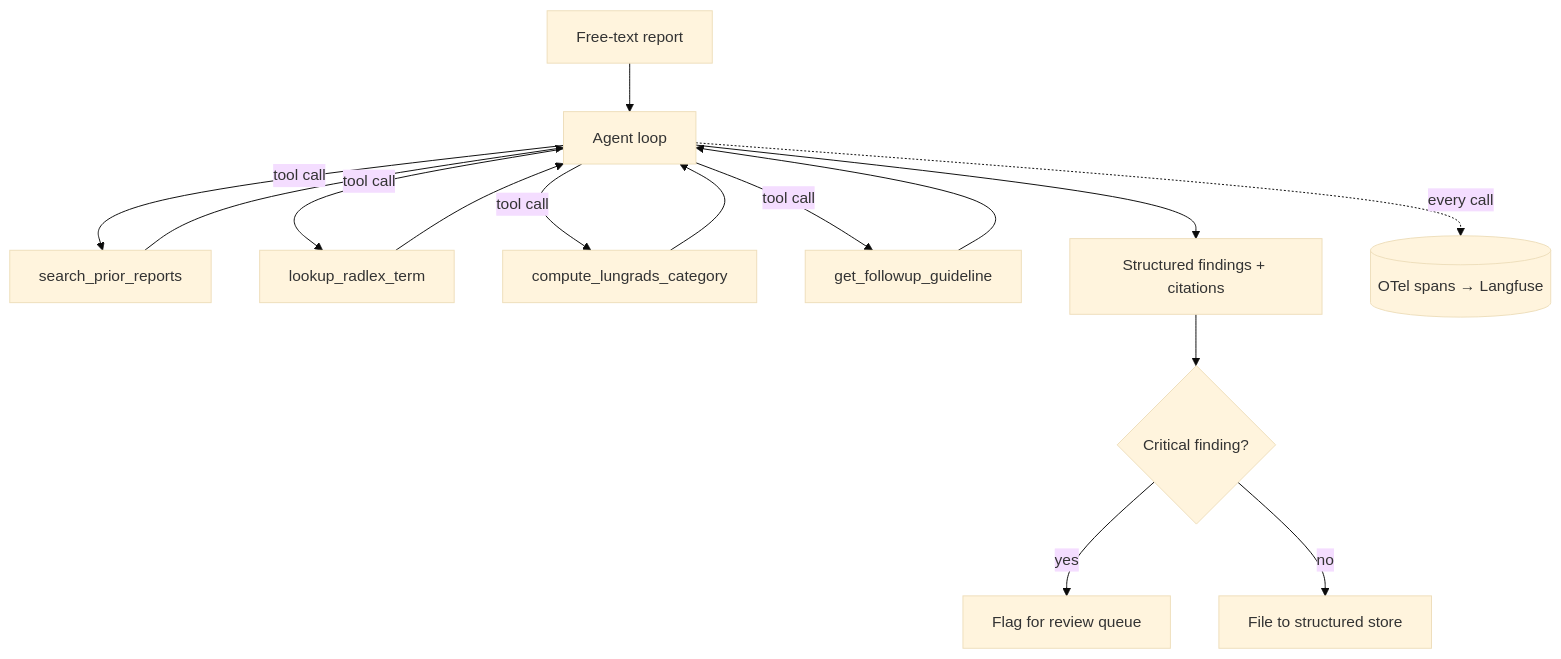
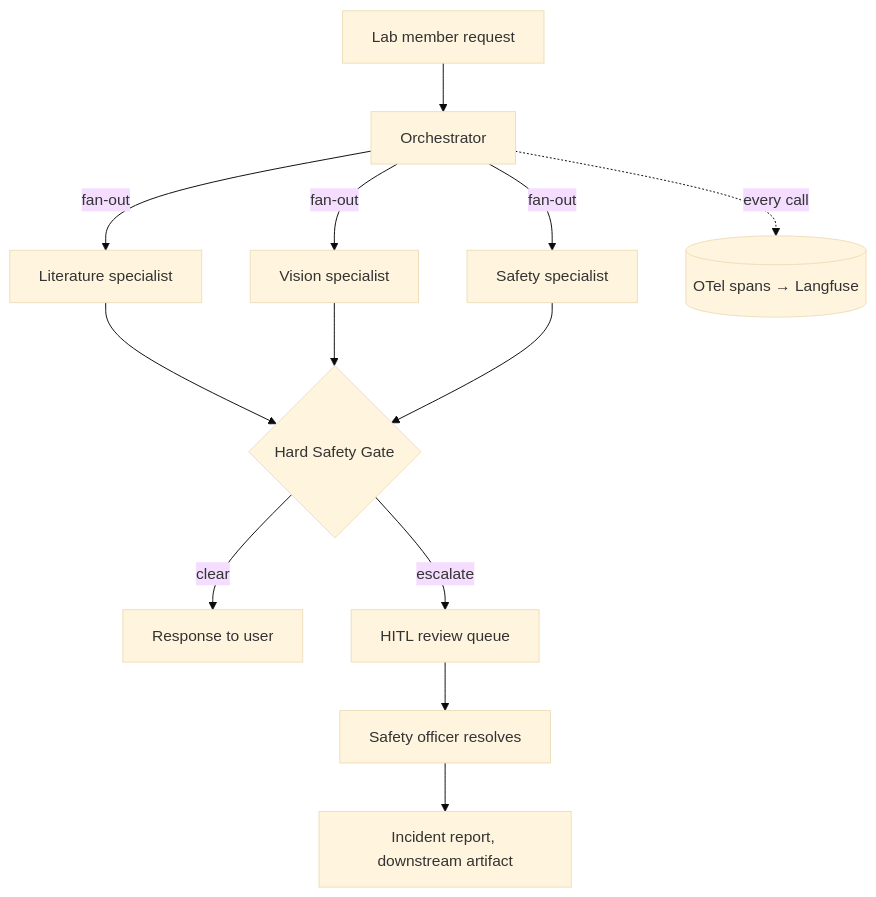
The diagram in README.md (siewliksheng/labmate), drawn with Mermaid (base theme) before and after one commit. The commit also changed other lines of this file and 30 other files, not shown here.

First line of the commit message:
Pivot radreport-agent to LabMate: multi-agent lab assistant with a hard safety gate

````diff
--- a/README.md
+++ b/README.md
@@ -25,14 +50,13 @@
 ```mermaid
 flowchart TD
-    A[Free-text report] --> B[Agent loop]
-    B -->|tool call| C[search_prior_reports]
-    B -->|tool call| D[lookup_radlex_term]
-    B -->|tool call| E[compute_lungrads_category]
-    B -->|tool call| F[get_followup_guideline]
-    C & D & E & F --> B
-    B --> G[Structured findings + citations]
-    G --> H{Critical finding?}
-    H -->|yes| I[Flag for review queue]
-    H -->|no| J[File to structured store]
+    A[Lab member request] --> B[Orchestrator]
+    B -->|fan-out| C[Literature specialist]
+    B -->|fan-out| D[Vision specialist]
+    B -->|fan-out| E[Safety specialist]
+    C & D & E --> F{Hard Safety Gate}
+    F -->|clear| G[Response to user]
+    F -->|escalate| H[HITL review queue]
+    H --> I[Safety officer resolves]
+    I --> J[Incident report, downstream artifact]
     B -.->|every call| K[(OTel spans → Langfuse)]
 ```
````
